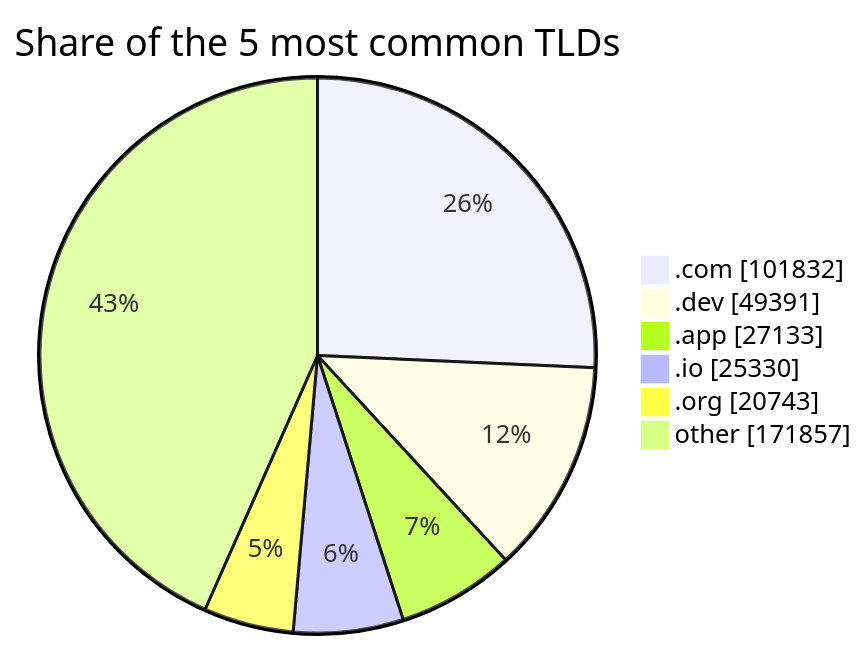
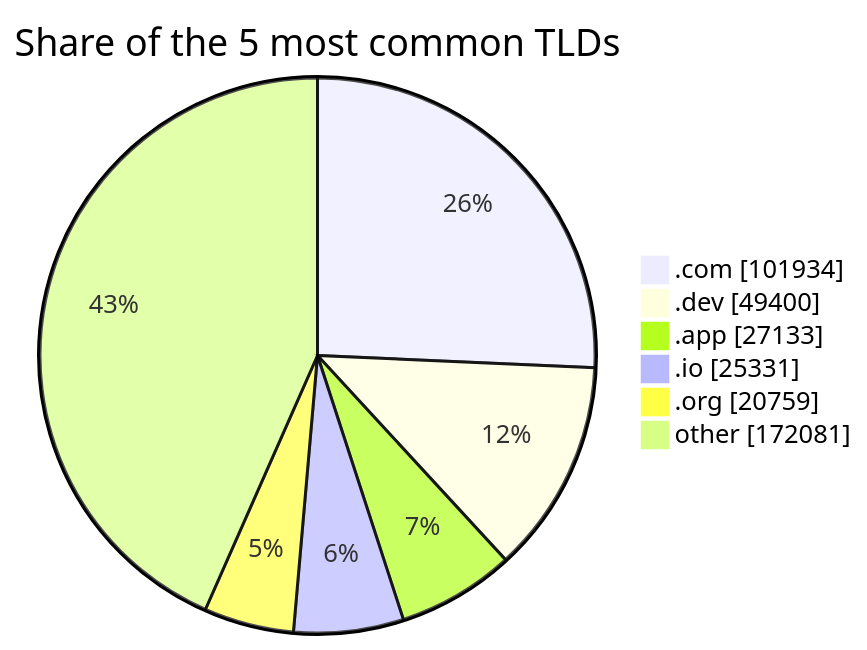
One commit to DNSBunker/CTI changed the third of 3 diagrams in README.md. Above: the diagram before and after it, drawn with Mermaid. The commit also changed other lines of this file and 3 other files, not shown here.

````diff
--- a/README.md
+++ b/README.md
@@ -81,9 +81,9 @@
 ```mermaid
 pie showData title Share of the 5 most common TLDs
-    ".com" : 101832
-    ".dev" : 49391
+    ".com" : 101934
+    ".dev" : 49400
     ".app" : 27133
-    ".io" : 25330
-    ".org" : 20743
-    "other" : 171857
+    ".io" : 25331
+    ".org" : 20759
+    "other" : 172081
 ```
````
